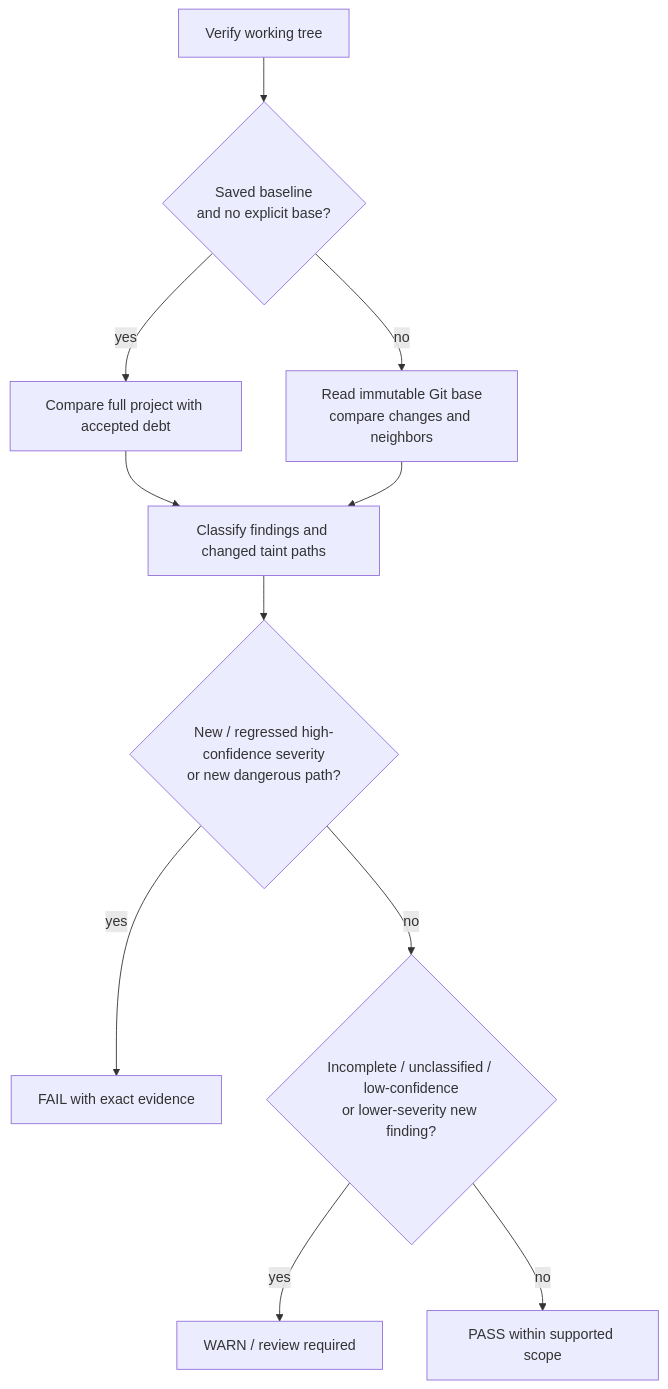
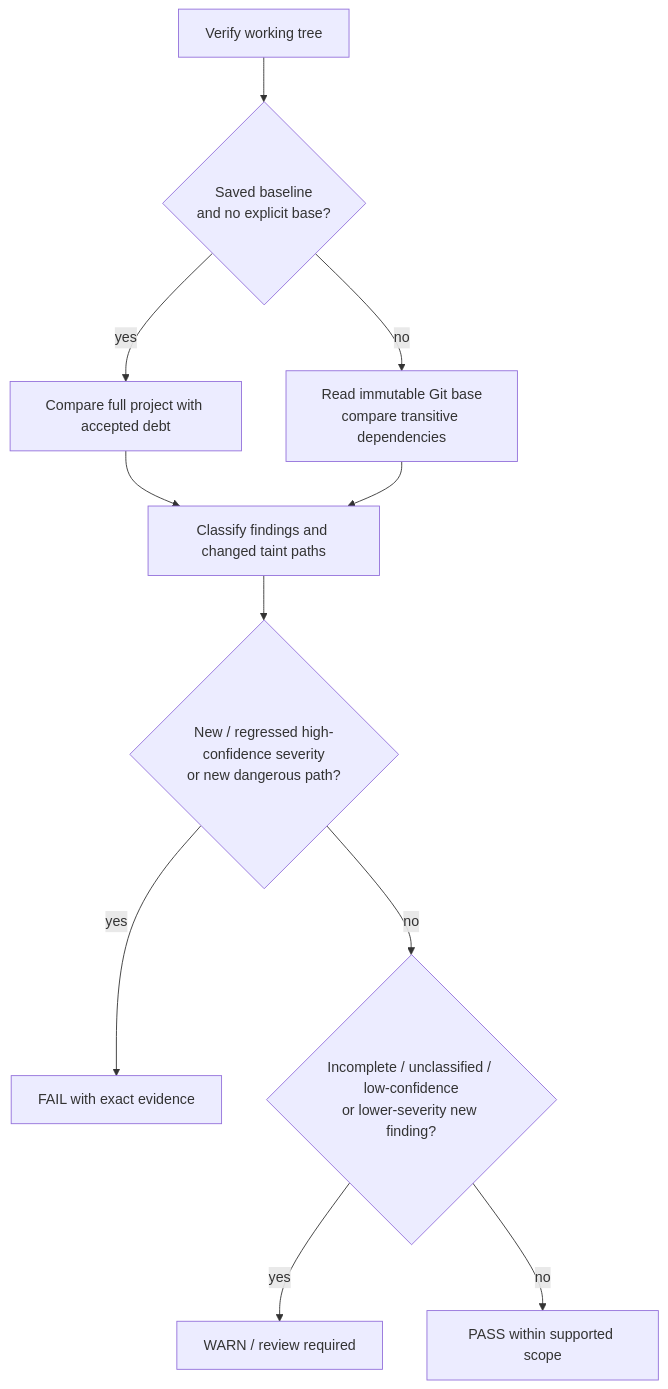
One commit to Kushalongit-hub/Sentinel changed the ninth of 9 diagrams in README.md. Above: the diagram before and after it, drawn with Mermaid. The commit also changed other lines of this file and 189 other files, not shown here.

````diff
--- a/README.md
+++ b/README.md
@@ -803,13 +919,13 @@
 ```mermaid
 flowchart TD
     Start["Verify working tree"] --> Base{"Saved baseline<br/>and no explicit base?"}
     Base -->|yes| Saved["Compare full project with accepted debt"]
-    Base -->|no| Git["Read immutable Git base<br/>compare changes and neighbors"]
+    Base -->|no| Git["Read immutable Git base<br/>compare transitive dependencies"]
     Saved --> Classify["Classify findings and changed taint paths"]
     Git --> Classify
     Classify --> Dangerous{"New / regressed high-confidence severity<br/>or new dangerous path?"}
     Dangerous -->|yes| Fail["FAIL with exact evidence"]
     Dangerous -->|no| Review{"Incomplete / unclassified / low-confidence<br/>or lower-severity new finding?"}
     Review -->|yes| Warn["WARN / review required"]
     Review -->|no| Pass["PASS within supported scope"]
 ```
````
